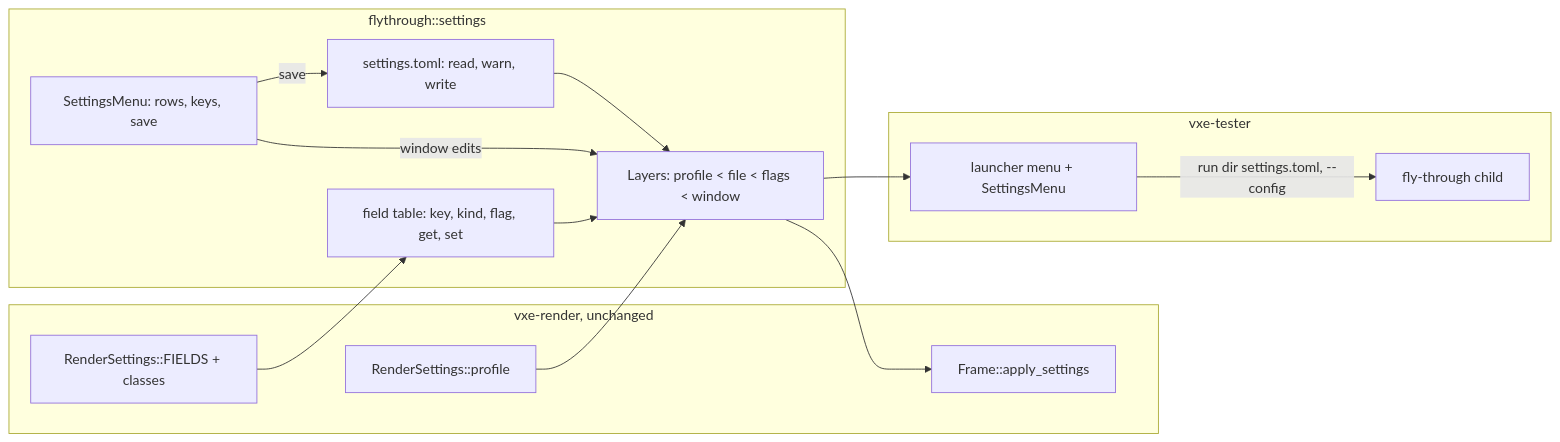
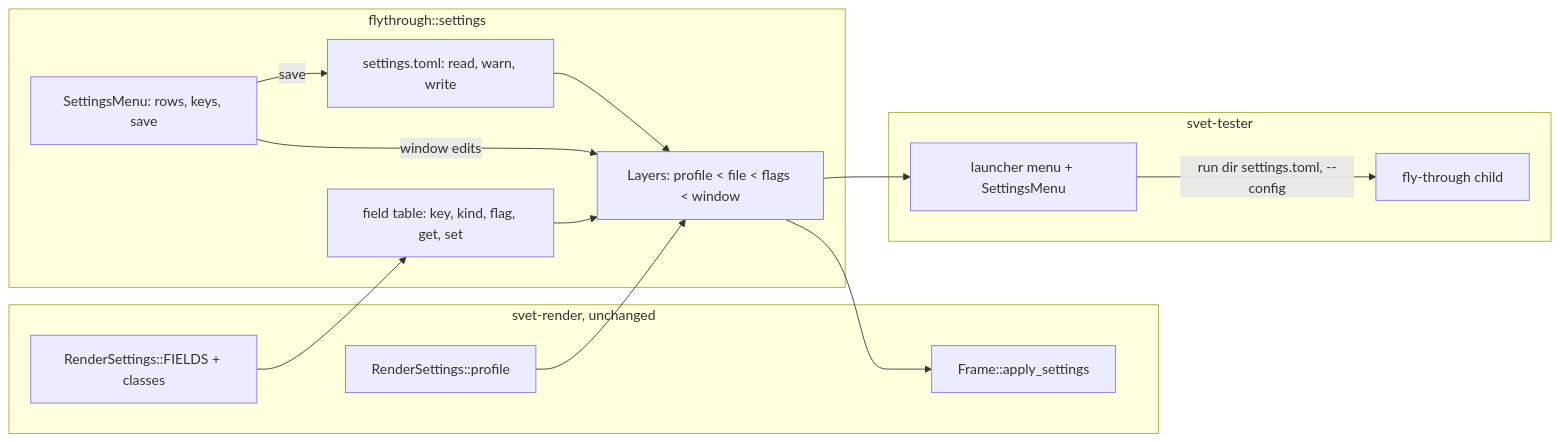
The diagram in docs/plans/0073-a-settings-menu-and-file-for-the-fly-through-and-the-tester.md (IgorKonovalov/voxel-engine), drawn with Mermaid before and after one commit. The commit also changed other lines of this file and 53 other files, not shown here.

````diff
--- a/docs/plans/0073-a-settings-menu-and-file-for-the-fly-through-and-the-tester.md
+++ b/docs/plans/0073-a-settings-menu-and-file-for-the-fly-through-and-the-tester.md
@@ -91,25 +91,25 @@
 ```mermaid
 flowchart LR
-    subgraph render[vxe-render, unchanged]
+    subgraph render[svet-render, unchanged]
         P[RenderSettings::profile] 
         F[RenderSettings::FIELDS + classes]
         A[Frame::apply_settings]
     end
     subgraph lib[flythrough::settings]
         T[field table: key, kind, flag, get, set] 
         L[Layers: profile < file < flags < window]
         M[SettingsMenu: rows, keys, save]
         IO[settings.toml: read, warn, write]
     end
     F --> T
     P --> L
     IO --> L
     T --> L
     M -->|window edits| L
     L --> A
     M -->|save| IO
-    subgraph tester[vxe-tester]
+    subgraph tester[svet-tester]
         TM[launcher menu + SettingsMenu] -->|run dir settings.toml, --config| C[fly-through child]
     end
     L --> TM
 ```
````
